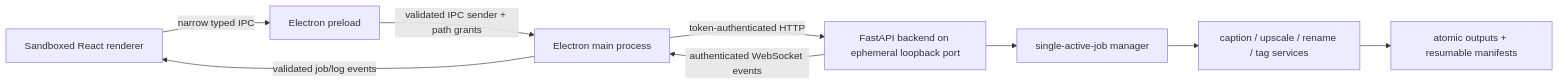
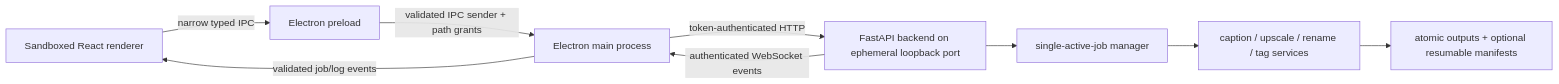
The diagram in docs/architecture.md (LightCyan01/TrainKit), drawn with Mermaid before and after one commit. The commit also changed other lines of this file and 30 other files, not shown here.

````diff
--- a/docs/architecture.md
+++ b/docs/architecture.md
@@ -5,11 +5,11 @@
 ```mermaid
 flowchart LR
     R["Sandboxed React renderer"] -->|"narrow typed IPC"| P["Electron preload"]
     P -->|"validated IPC sender + path grants"| M["Electron main process"]
     M -->|"token-authenticated HTTP"| B["FastAPI backend on ephemeral loopback port"]
     B --> J["single-active-job manager"]
     J --> S["caption / upscale / rename / tag services"]
-    S --> F["atomic outputs + resumable manifests"]
+    S --> F["atomic outputs + optional resumable manifests"]
     B -->|"authenticated WebSocket events"| M
     M -->|"validated job/log events"| R
 ```
````
